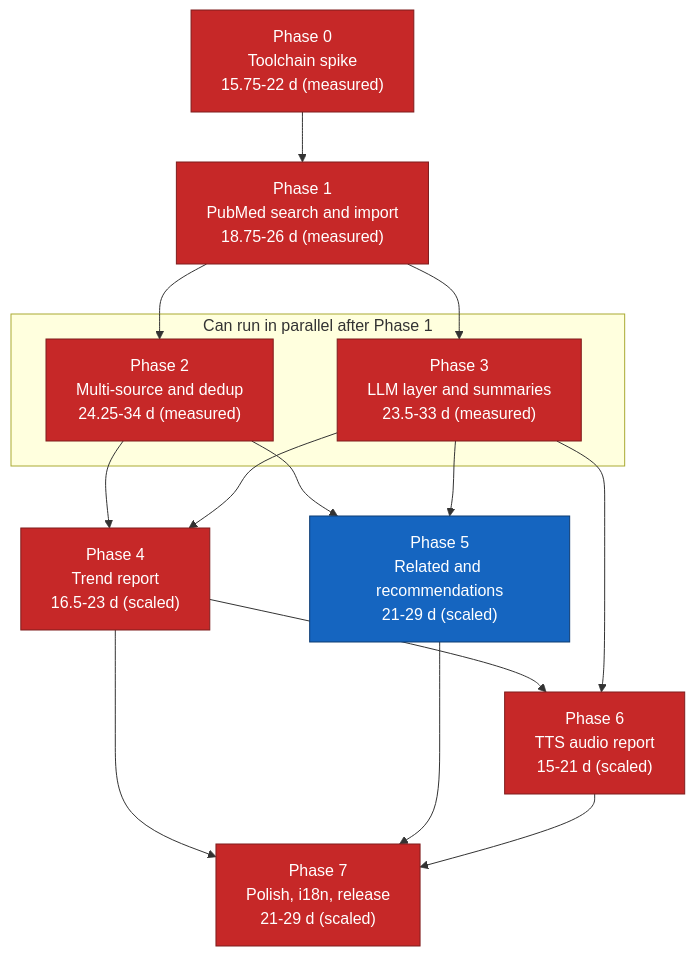
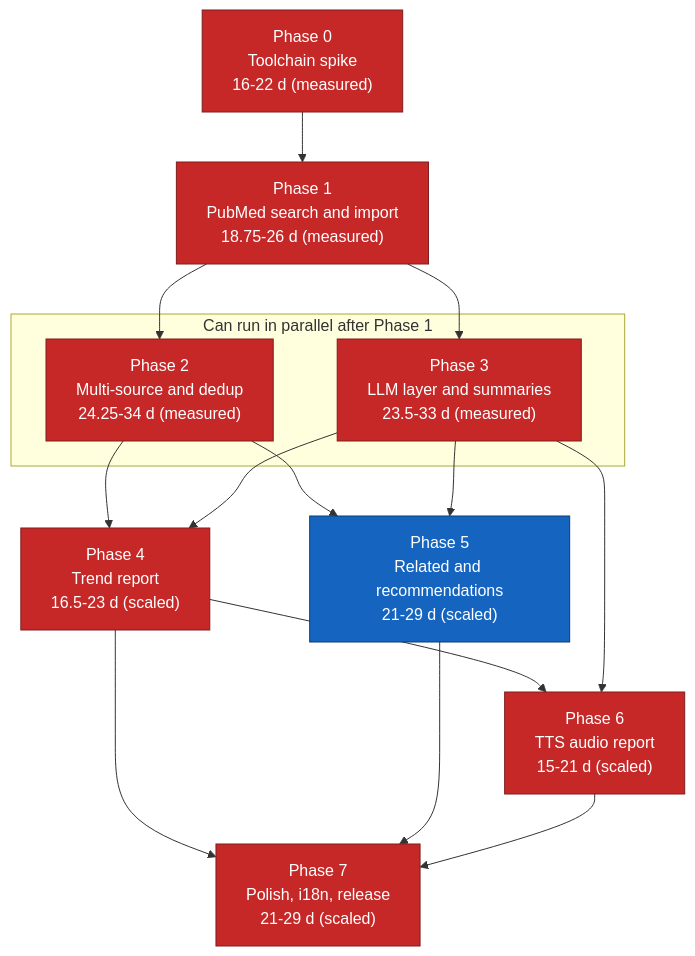
The diagram in docs/11-implementation-roadmap.md (suppakoko/research_helper), drawn with Mermaid before and after one commit. The commit also changed other lines of this file and 3 other files, not shown here.

````diff
--- a/docs/11-implementation-roadmap.md
+++ b/docs/11-implementation-roadmap.md
@@ -326,34 +326,34 @@
 ```mermaid
 graph TD
-    P0["Phase 0<br/>Toolchain spike<br/>15.75-22 d (measured)"]
+    P0["Phase 0<br/>Toolchain spike<br/>16-22 d (measured)"]
     P1["Phase 1<br/>PubMed search and import<br/>18.75-26 d (measured)"]
     P2["Phase 2<br/>Multi-source and dedup<br/>24.25-34 d (measured)"]
     P3["Phase 3<br/>LLM layer and summaries<br/>23.5-33 d (measured)"]
     P4["Phase 4<br/>Trend report<br/>16.5-23 d (scaled)"]
     P5["Phase 5<br/>Related and recommendations<br/>21-29 d (scaled)"]
     P6["Phase 6<br/>TTS audio report<br/>15-21 d (scaled)"]
     P7["Phase 7<br/>Polish, i18n, release<br/>21-29 d (scaled)"]
 
     P0 --> P1
     P1 --> P2
     P1 --> P3
     P2 --> P4
     P3 --> P4
     P2 --> P5
     P3 --> P5
     P4 --> P6
     P3 --> P6
     P4 --> P7
     P5 --> P7
     P6 --> P7
 
     subgraph parallel["Can run in parallel after Phase 1"]
         P2
         P3
     end
 
     classDef critical fill:#c62828,stroke:#7f1d1d,color:#ffffff
     classDef normal fill:#1565c0,stroke:#0d3c73,color:#ffffff
     class P0,P1,P2,P3,P4,P6,P7 critical
     class P5 normal
 ```
````
